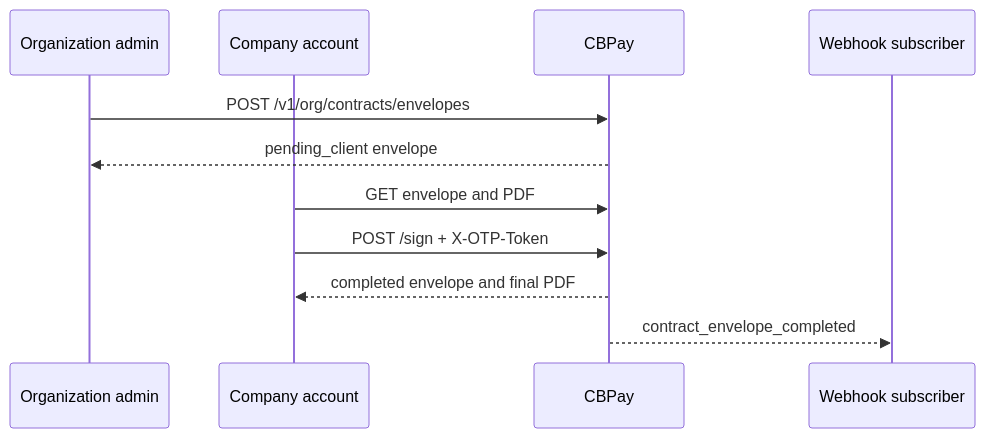
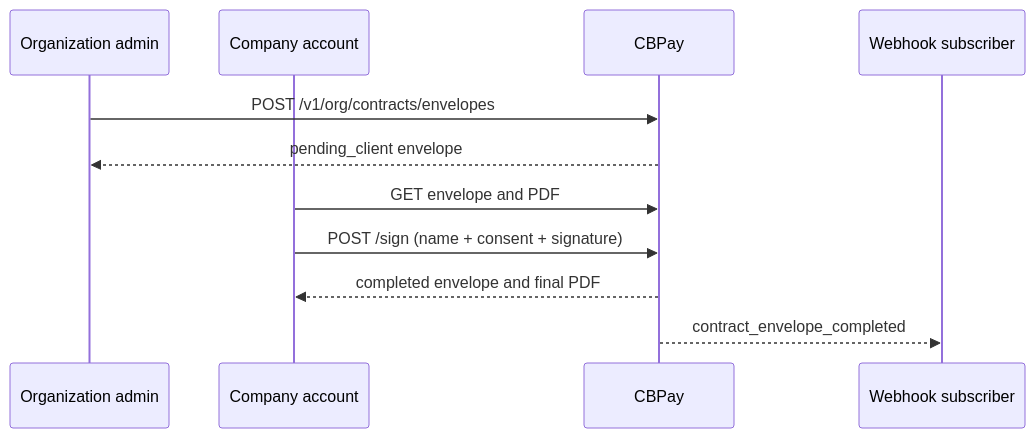
The diagram in en/guides/contract-agreement.mdx (CBpayapp/cbpay-docs), drawn with Mermaid before and after one commit. The commit also changed other lines of this file and 8 other files, not shown here.

````diff
--- a/en/guides/contract-agreement.mdx
+++ b/en/guides/contract-agreement.mdx
@@ -19,13 +20,13 @@
 ```mermaid
 sequenceDiagram
   participant A as Organization admin
   participant C as Company account
   participant P as CBPay
   participant W as Webhook subscriber
   A->>P: POST /v1/org/contracts/envelopes
   P-->>A: pending_client envelope
   C->>P: GET envelope and PDF
-  C->>P: POST /sign + X-OTP-Token
+  C->>P: POST /sign (name + consent + signature)
   P-->>C: completed envelope and final PDF
   P-->>W: contract_envelope_completed
 ```
````
